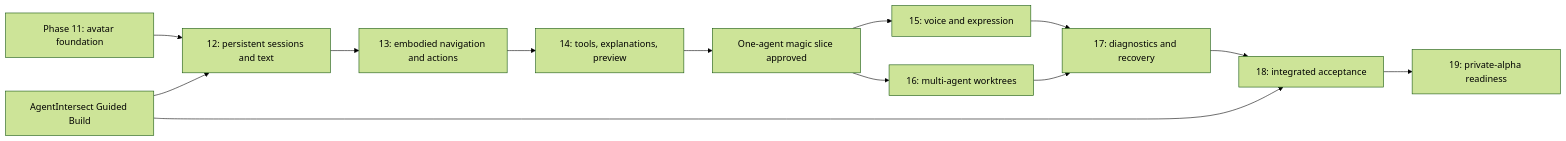
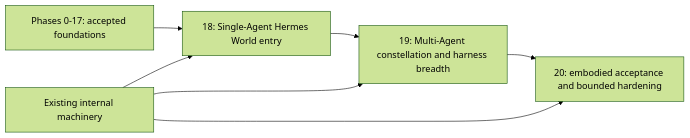
Before and after one commit to MelaBuilt-AI/AgentIntersect-World: diagram 13 of 13 in AgentIntersect_WorldDD.md, drawn with Mermaid (forest theme). The commit also changed other lines of this file and 65 other files, not shown here.

Commit message:
feat: complete revised Phase 18 World entry

````diff
--- a/AgentIntersect_WorldDD.md
+++ b/AgentIntersect_WorldDD.md
@@ -2338,15 +2376,9 @@
 ```mermaid
 flowchart LR
-  P11[Phase 11: avatar foundation] --> P12[12: persistent sessions and text]
-  P12 --> P13[13: embodied navigation and actions]
-  P13 --> P14[14: tools, explanations, preview]
-  P14 --> Magic[One-agent magic slice approved]
-  Magic --> P15[15: voice and expression]
-  Magic --> P16[16: multi-agent worktrees]
-  P15 --> P17[17: diagnostics and recovery]
-  P16 --> P17
-  P17 --> P18[18: integrated acceptance]
-  P18 --> P19[19: private-alpha readiness]
-  Guided[AgentIntersect Guided Build] --> P12
-  Guided --> P18
+  Historical[Phases 0-17: accepted foundations] --> P18[18: Single-Agent Hermes World entry]
+  P18 --> P19[19: Multi-Agent constellation and harness breadth]
+  P19 --> P20[20: embodied acceptance and bounded hardening]
+  Internal[Existing internal machinery] --> P18
+  Internal --> P19
+  Internal --> P20
 ```
````
